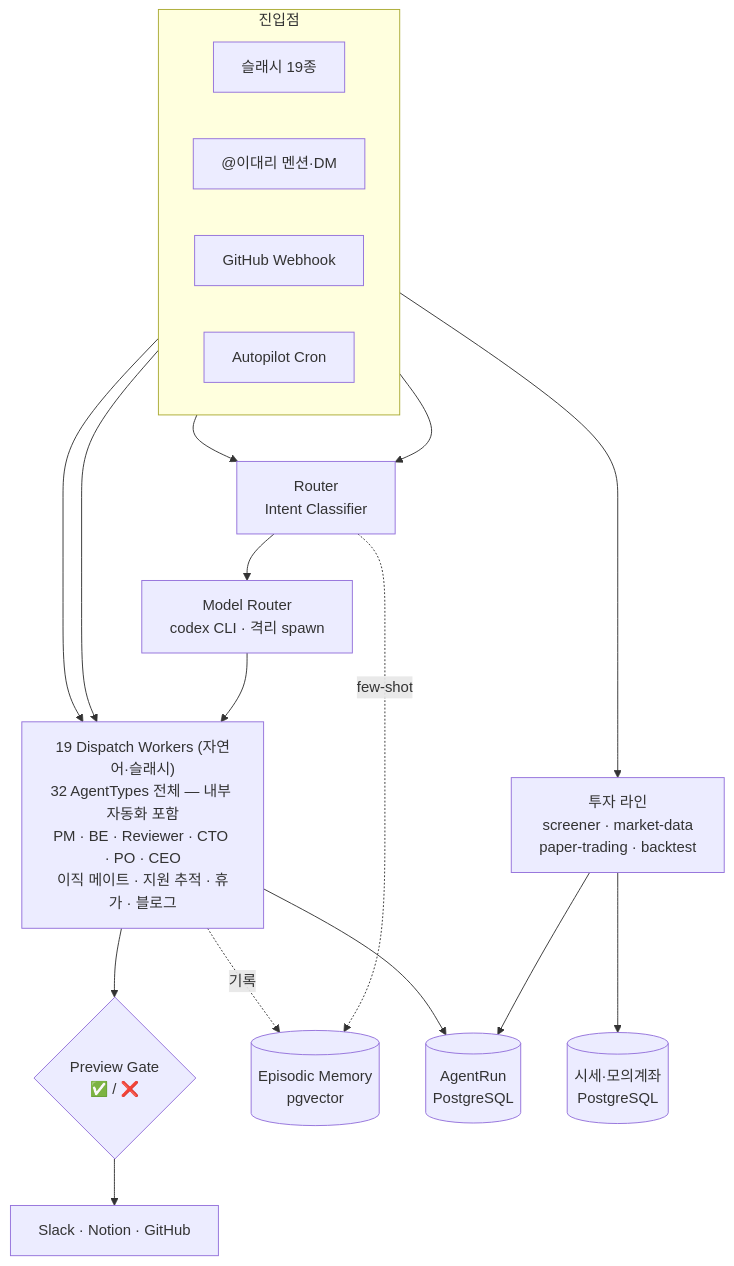
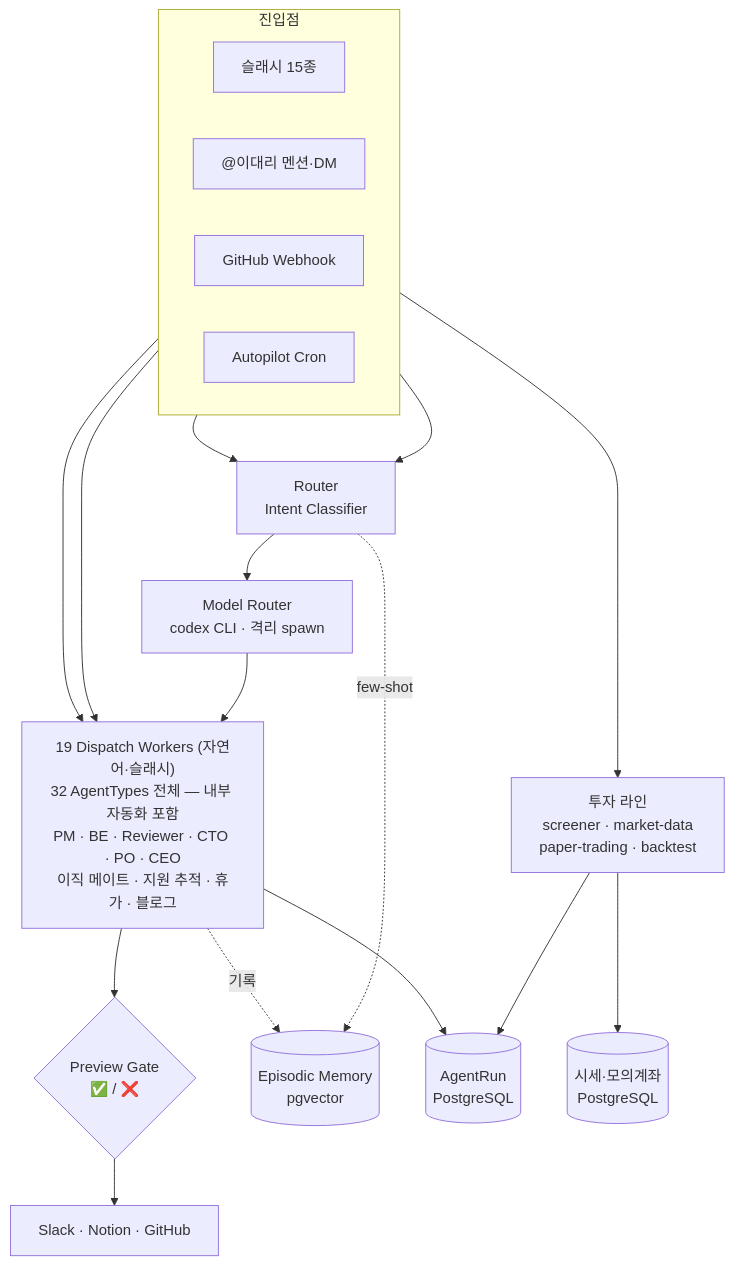
The diagram in README.md (JSL107/personal_agents), drawn with Mermaid before and after one commit. The commit also changed other lines of this file and 24 other files, not shown here.

````diff
--- a/README.md
+++ b/README.md
@@ -43,33 +43,33 @@
 ```mermaid
 flowchart TD
     subgraph IN["진입점"]
         direction LR
-        S["슬래시 19종"]
+        S["슬래시 15종"]
         M["@이대리 멘션·DM"]
         W["GitHub Webhook"]
         C["Autopilot Cron"]
     end
 
     R["Router<br/>Intent Classifier"]
     MR["Model Router<br/>codex CLI · 격리 spawn"]
     WK["19 Dispatch Workers (자연어·슬래시)<br/>32 AgentTypes 전체 — 내부 자동화 포함<br/>PM · BE · Reviewer · CTO · PO · CEO<br/>이직 메이트 · 지원 추적 · 휴가 · 블로그"]
     IV["투자 라인<br/>screener · market-data<br/>paper-trading · backtest"]
     PG{"Preview Gate<br/>✅ / ❌"}
     EXT["Slack · Notion · GitHub"]
     EM[("Episodic Memory<br/>pgvector")]
     AR[("AgentRun<br/>PostgreSQL")]
     MD[("시세·모의계좌<br/>PostgreSQL")]
 
     S --> R
     M --> R
     R -. few-shot .-> EM
     R --> MR --> WK
     W --> WK
     C --> WK
     C --> IV
     IV --> MD
     IV --> AR
     WK --> PG --> EXT
     WK --> AR
     WK -. 기록 .-> EM
 ```
````
